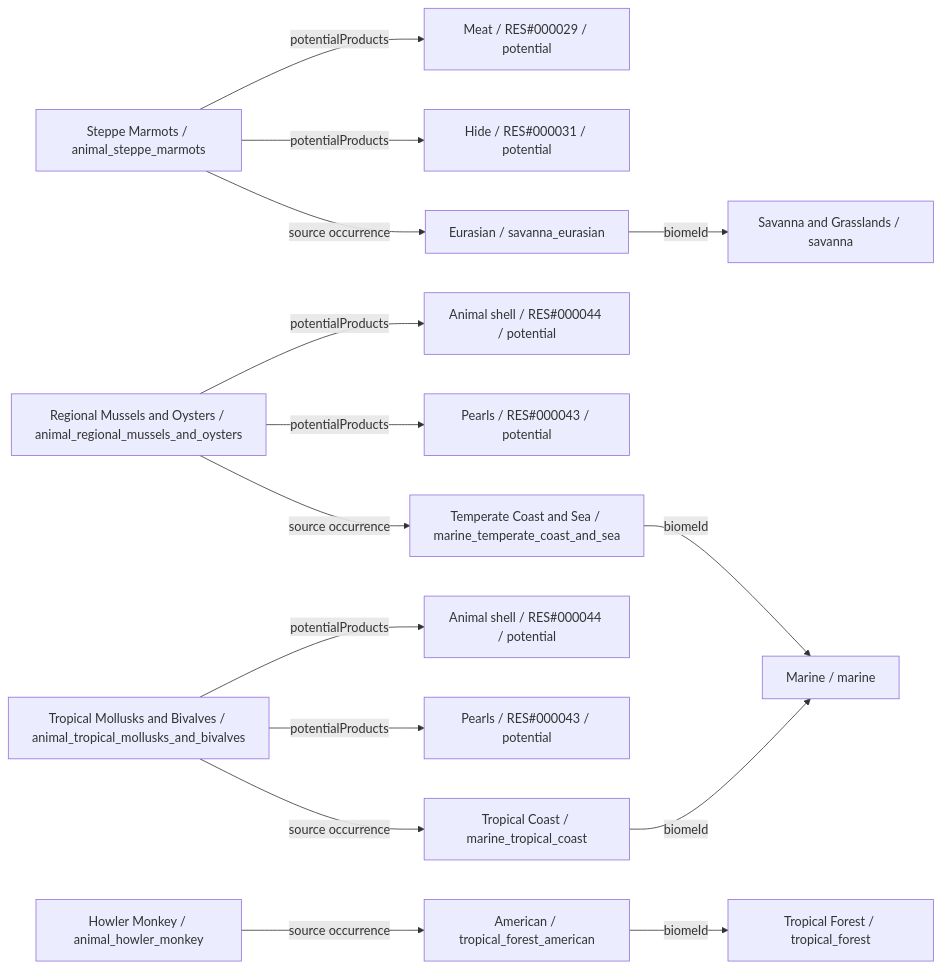
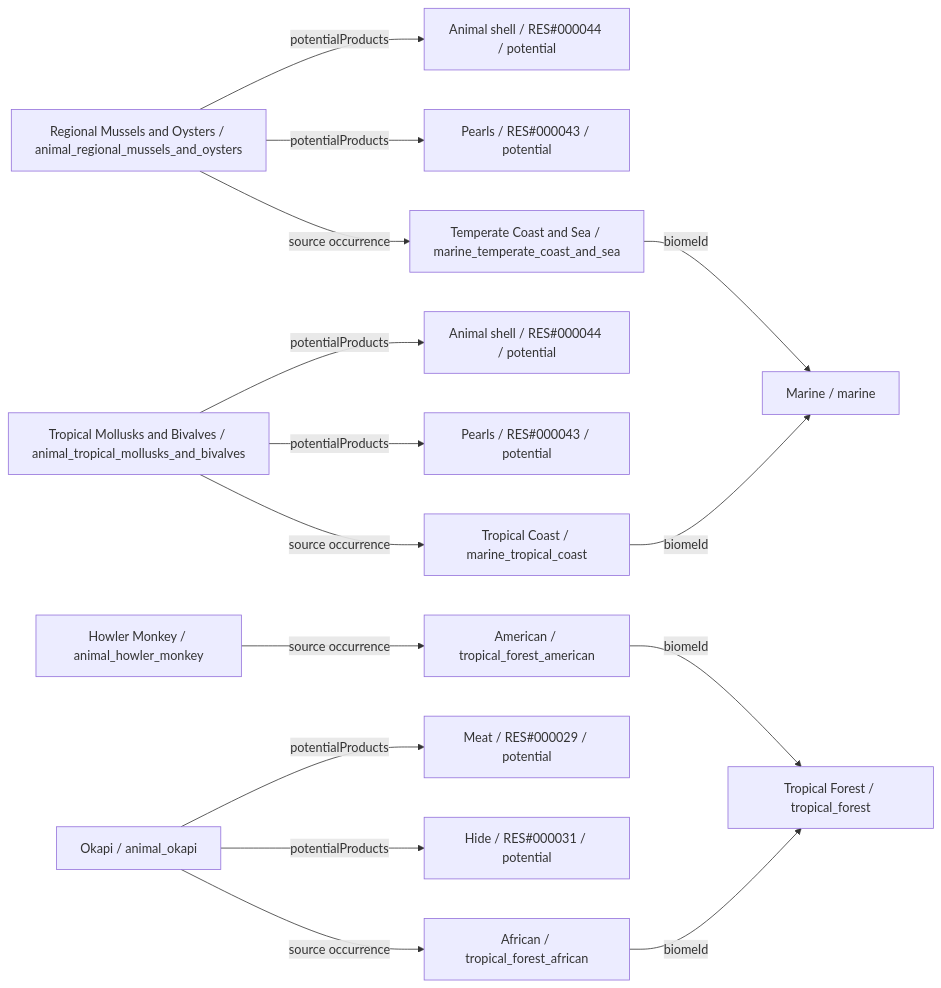
Before and after one commit to fgabo404/EvolveDoc: diagram 16 of 26 in data/animals/DIAGRAMS.md, drawn with Mermaid. The commit also changed other lines of this file and 59 other files, not shown here.

````diff
--- a/data/animals/DIAGRAMS.md
+++ b/data/animals/DIAGRAMS.md
@@ -943,34 +783,33 @@
 ```mermaid
 flowchart LR
-    c0["Steppe Marmots / animal_steppe_marmots"]
-    v13["Eurasian / savanna_eurasian"]
-    b3["Savanna and Grasslands / savanna"]
-    o0_0["Meat / RES#000029 / potential"]
-    o0_1["Hide / RES#000031 / potential"]
-    c1["Regional Mussels and Oysters / animal_regional_mussels_and_oysters"]
+    c0["Regional Mussels and Oysters / animal_regional_mussels_and_oysters"]
     v20["Temperate Coast and Sea / marine_temperate_coast_and_sea"]
     b5["Marine / marine"]
+    o0_0["Animal shell / RES#000044 / potential"]
+    o0_1["Pearls / RES#000043 / potential"]
+    c1["Tropical Mollusks and Bivalves / animal_tropical_mollusks_and_bivalves"]
+    v19["Tropical Coast / marine_tropical_coast"]
     o1_0["Animal shell / RES#000044 / potential"]
     o1_1["Pearls / RES#000043 / potential"]
-    c2["Tropical Mollusks and Bivalves / animal_tropical_mollusks_and_bivalves"]
-    v19["Tropical Coast / marine_tropical_coast"]
-    o2_0["Animal shell / RES#000044 / potential"]
-    o2_1["Pearls / RES#000043 / potential"]
-    c3["Howler Monkey / animal_howler_monkey"]
+    c2["Howler Monkey / animal_howler_monkey"]
     v0["American / tropical_forest_american"]
     b0["Tropical Forest / tropical_forest"]
+    c3["Okapi / animal_okapi"]
+    v1["African / tropical_forest_african"]
+    o3_0["Meat / RES#000029 / potential"]
+    o3_1["Hide / RES#000031 / potential"]
     c0 -->|potentialProducts| o0_0
     c0 -->|potentialProducts| o0_1
-    c0 -->|source occurrence| v13
+    c0 -->|source occurrence| v20
     c1 -->|potentialProducts| o1_0
     c1 -->|potentialProducts| o1_1
-    c1 -->|source occurrence| v20
-    c2 -->|potentialProducts| o2_0
-    c2 -->|potentialProducts| o2_1
-    c2 -->|source occurrence| v19
-    c3 -->|source occurrence| v0
+    c1 -->|source occurrence| v19
+    c2 -->|source occurrence| v0
+    c3 -->|potentialProducts| o3_0
+    c3 -->|potentialProducts| o3_1
+    c3 -->|source occurrence| v1
     v0 -->|biomeId| b0
-    v13 -->|biomeId| b3
+    v1 -->|biomeId| b0
     v19 -->|biomeId| b5
     v20 -->|biomeId| b5
 ```
````
